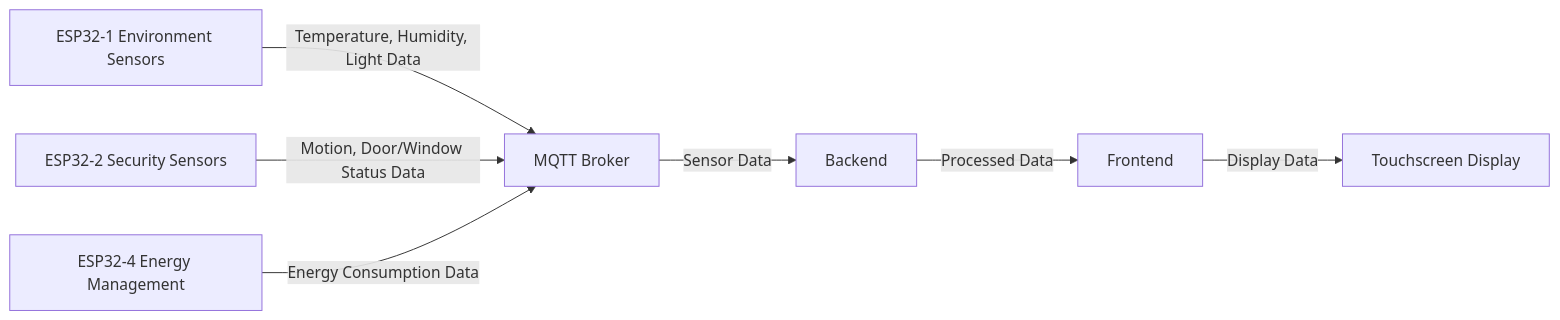
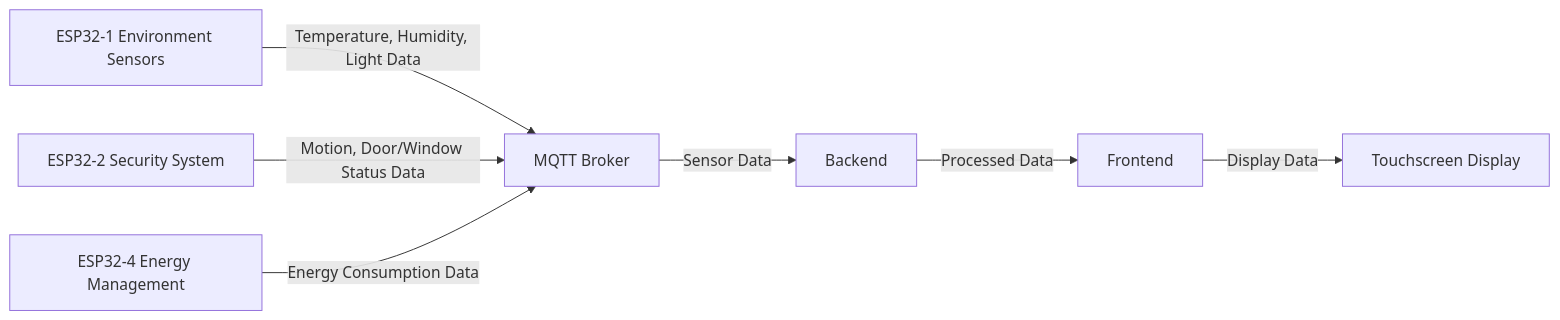
One commit to JGZimek/Smarthome_project changed the first of 2 diagrams in docs/system-architecture/data-flow-diagrams.md. Above: the diagram before and after it, drawn with Mermaid. The commit also changed 3 other files, not shown here.

Commit message:
ESP32-security submodule added

````diff
--- a/docs/system-architecture/data-flow-diagrams.md
+++ b/docs/system-architecture/data-flow-diagrams.md
@@ -5,9 +5,9 @@
 ```mermaid
 flowchart LR
     ESP1[ESP32-1 Environment Sensors] -->|Temperature, Humidity, Light Data| MQTT[MQTT Broker]
-    ESP2[ESP32-2 Security Sensors] -->|Motion, Door/Window Status Data| MQTT
+    ESP2[ESP32-2 Security System] -->|Motion, Door/Window Status Data| MQTT
     ESP4[ESP32-4 Energy Management] -->|Energy Consumption Data| MQTT
     MQTT -->|Sensor Data| Backend[Backend]
     Backend -->|Processed Data| Frontend[Frontend]
     Frontend -->|Display Data| Display[Touchscreen Display]
 ```
````
